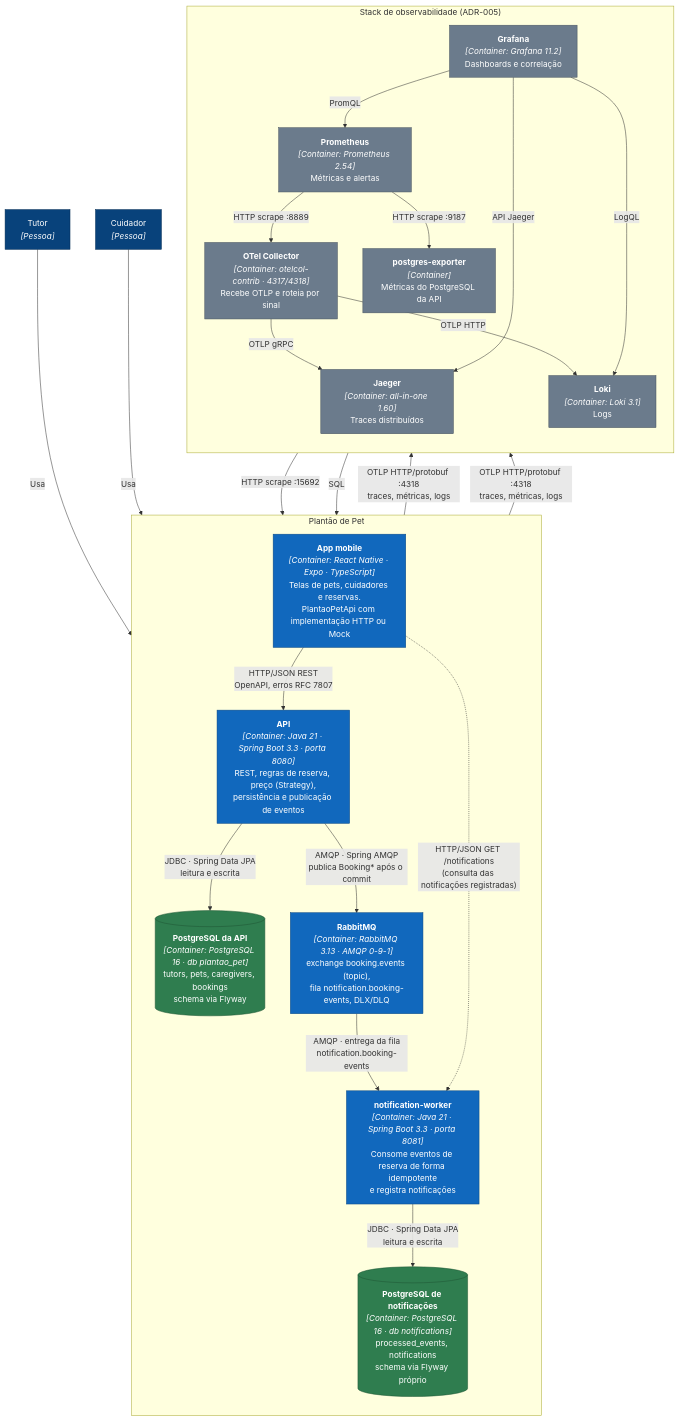
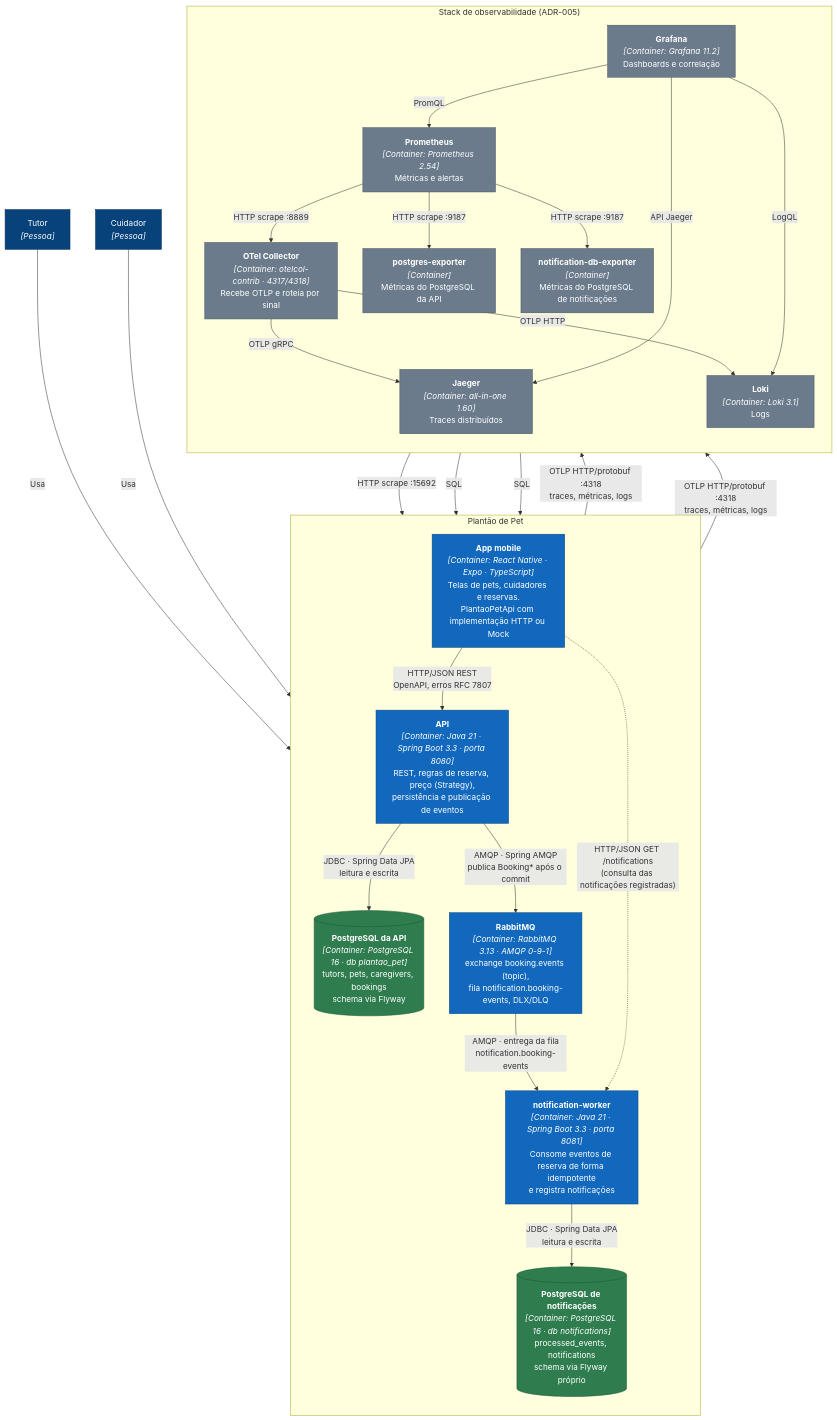
Before and after one commit to marialuisalacerda/puc-asm-2026-2-grupo-5: the diagram in docs/c4/C2-containers.md, drawn with Mermaid. The commit also changed other lines of this file and 1 other file, not shown here.

Commit message:
docs(c4): inclui notification-db-exporter no C2 e no deployment

````diff
--- a/docs/c4/C2-containers.md
+++ b/docs/c4/C2-containers.md
@@ -11,55 +11,58 @@
 ```mermaid
 flowchart TB
     tutor["Tutor<br/><i>[Pessoa]</i>"]
     cuidador["Cuidador<br/><i>[Pessoa]</i>"]
 
     subgraph sistema["Plantão de Pet"]
         direction TB
         mobile["<b>App mobile</b><br/><i>[Container: React Native · Expo · TypeScript]</i><br/>Telas de pets, cuidadores e reservas.<br/>PlantaoPetApi com implementação HTTP ou Mock"]
         api["<b>API</b><br/><i>[Container: Java 21 · Spring Boot 3.3 · porta 8080]</i><br/>REST, regras de reserva, preço (Strategy),<br/>persistência e publicação de eventos"]
         apidb[("<b>PostgreSQL da API</b><br/><i>[Container: PostgreSQL 16 · db plantao_pet]</i><br/>tutors, pets, caregivers, bookings<br/>schema via Flyway")]
         broker["<b>RabbitMQ</b><br/><i>[Container: RabbitMQ 3.13 · AMQP 0-9-1]</i><br/>exchange booking.events (topic),<br/>fila notification.booking-events, DLX/DLQ"]
         worker["<b>notification-worker</b><br/><i>[Container: Java 21 · Spring Boot 3.3 · porta 8081]</i><br/>Consome eventos de reserva de forma idempotente<br/>e registra notificações"]
         workerdb[("<b>PostgreSQL de notificações</b><br/><i>[Container: PostgreSQL 16 · db notifications]</i><br/>processed_events, notifications<br/>schema via Flyway próprio")]
     end
 
     subgraph obs["Stack de observabilidade (ADR-005)"]
         direction TB
         otel["<b>OTel Collector</b><br/><i>[Container: otelcol-contrib · 4317/4318]</i><br/>Recebe OTLP e roteia por sinal"]
         prom["<b>Prometheus</b><br/><i>[Container: Prometheus 2.54]</i><br/>Métricas e alertas"]
         exporter["<b>postgres-exporter</b><br/><i>[Container]</i><br/>Métricas do PostgreSQL da API"]
+        nexporter["<b>notification-db-exporter</b><br/><i>[Container]</i><br/>Métricas do PostgreSQL de notificações"]
         jaeger["<b>Jaeger</b><br/><i>[Container: all-in-one 1.60]</i><br/>Traces distribuídos"]
         loki["<b>Loki</b><br/><i>[Container: Loki 3.1]</i><br/>Logs"]
         grafana["<b>Grafana</b><br/><i>[Container: Grafana 11.2]</i><br/>Dashboards e correlação"]
     end
 
     tutor -->|"Usa"| mobile
     cuidador -->|"Usa"| mobile
     mobile -->|"HTTP/JSON REST<br/>OpenAPI, erros RFC 7807"| api
     mobile -.->|"HTTP/JSON GET /notifications<br/>(consulta das notificações registradas)"| worker
     api -->|"JDBC · Spring Data JPA<br/>leitura e escrita"| apidb
     api -->|"AMQP · Spring AMQP<br/>publica Booking* após o commit"| broker
     broker -->|"AMQP · entrega da fila<br/>notification.booking-events"| worker
     worker -->|"JDBC · Spring Data JPA<br/>leitura e escrita"| workerdb
 
     api -->|"OTLP HTTP/protobuf :4318<br/>traces, métricas, logs"| otel
     worker -->|"OTLP HTTP/protobuf :4318<br/>traces, métricas, logs"| otel
     otel -->|"OTLP gRPC"| jaeger
     otel -->|"OTLP HTTP"| loki
     prom -->|"HTTP scrape :8889"| otel
     prom -->|"HTTP scrape :15692"| broker
     prom -->|"HTTP scrape :9187"| exporter
     exporter -->|"SQL"| apidb
+    prom -->|"HTTP scrape :9187"| nexporter
+    nexporter -->|"SQL"| workerdb
     grafana -->|"PromQL"| prom
     grafana -->|"API Jaeger"| jaeger
     grafana -->|"LogQL"| loki
 
     classDef person fill:#08427b,stroke:#052e56,color:#ffffff
     classDef container fill:#1168bd,stroke:#0b4884,color:#ffffff
     classDef db fill:#2f7d4f,stroke:#1f5535,color:#ffffff
     classDef infra fill:#6b7b8c,stroke:#46525e,color:#ffffff
     class tutor,cuidador person
     class mobile,api,worker,broker container
     class apidb,workerdb db
-    class otel,prom,exporter,jaeger,loki,grafana infra
+    class otel,prom,exporter,nexporter,jaeger,loki,grafana infra
 ```
````
